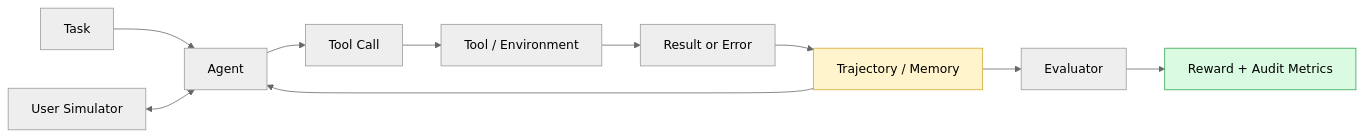
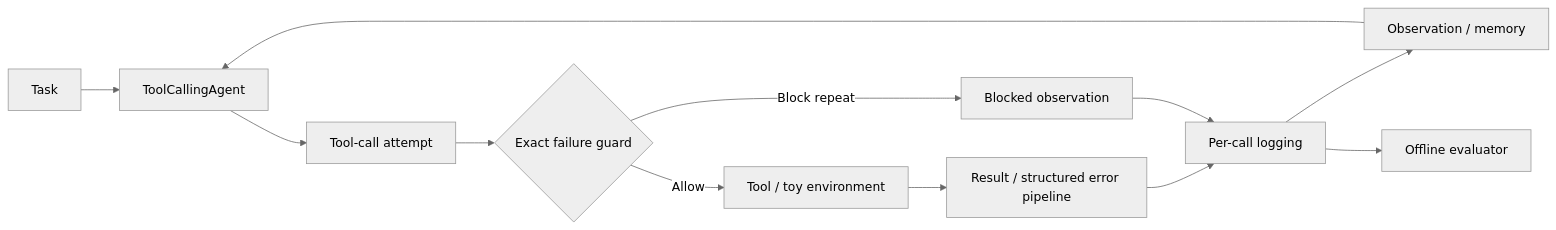
The first of 2 diagrams in README.md (Kk111777/ReliableToolAgent), drawn with Mermaid (neutral theme) before and after one commit. The commit also changed other lines of this file and 13 other files, not shown here.

````diff
--- a/README.md
+++ b/README.md
@@ -51,15 +38,14 @@
 ```mermaid
 flowchart LR
-    T[Task] --> A[Agent]
-    U[User Simulator] <--> A
-    A --> C[Tool Call]
-    C --> E[Tool / Environment]
-    E --> O[Result or Error]
-    O --> M[Trajectory / Memory]
-    M --> A
-    M --> V[Evaluator]
-    V --> R[Reward + Audit Metrics]
-
-    style M fill:#fff4cc,stroke:#d4a72c
-    style R fill:#dafbe1,stroke:#2da44e
+    T[Task] --> A[ToolCallingAgent]
+    A --> C[Tool-call attempt]
+    C --> G{Exact failure guard}
+    G -->|Allow| E[Tool / toy environment]
+    G -->|Block repeat| B[Blocked observation]
+    E --> F[Result / structured error pipeline]
+    F --> L[Per-call logging]
+    B --> L
+    L --> O[Observation / memory]
+    O --> A
+    L --> V[Offline evaluator]
 ```
````
